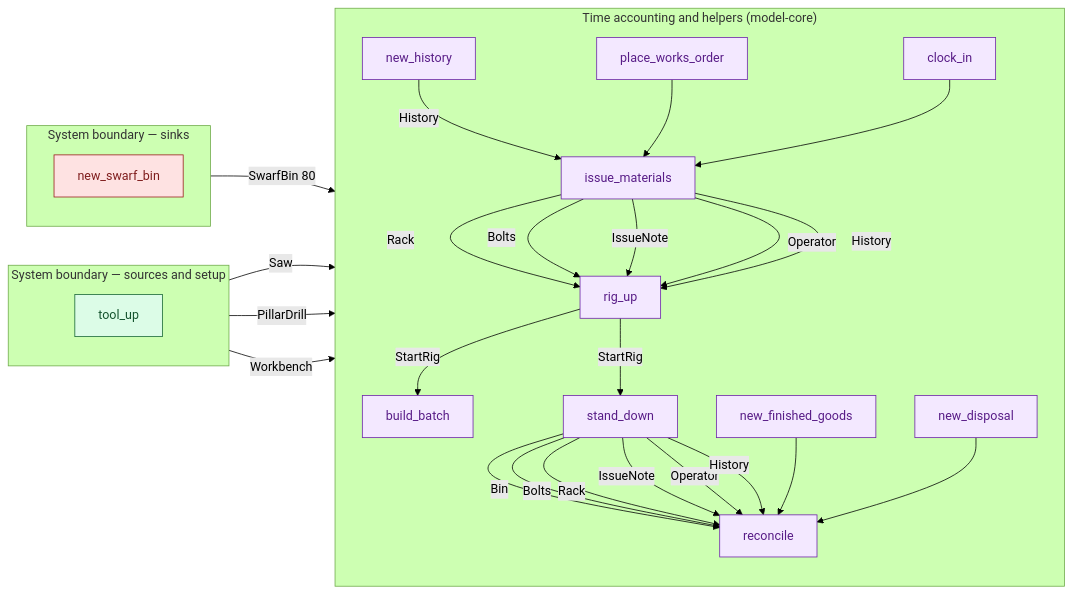
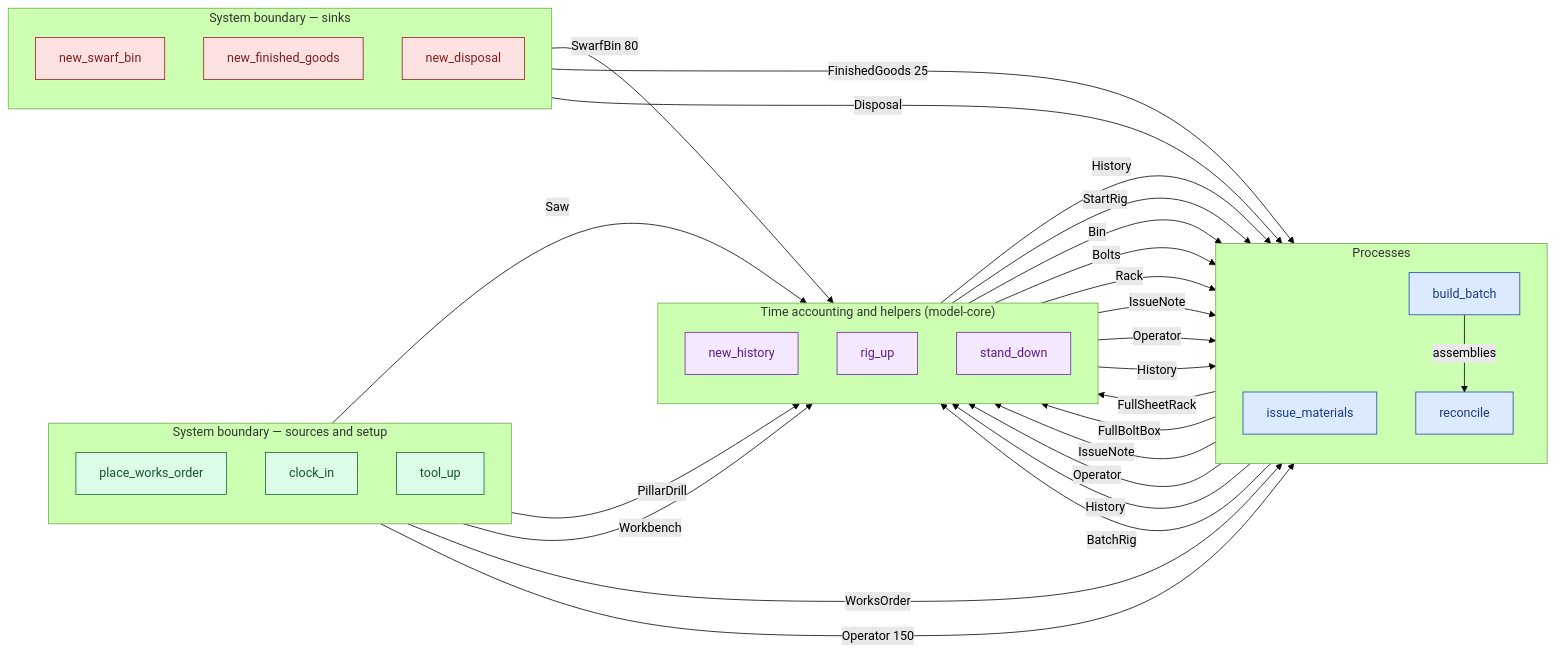
Before and after one commit to twalmsley/lavoisier: the diagram in docs/diagrams/cs4-line/detailed.md, drawn with Mermaid (forest theme). The commit also changed other lines of this file and 202 other files, not shown here.

````diff
--- a/docs/diagrams/cs4-line/detailed.md
+++ b/docs/diagrams/cs4-line/detailed.md
@@ -12,60 +12,71 @@
 ```mermaid
 flowchart LR
   classDef process fill:#dbeafe,stroke:#1e40af,color:#1e3a8a;
   classDef boundary fill:#dcfce7,stroke:#166534,color:#14532d;
   classDef sink fill:#fee2e2,stroke:#991b1b,color:#7f1d1d;
   classDef helper fill:#f3e8ff,stroke:#6b21a8,color:#581c87;
   classDef grouping fill:#ffedd5,stroke:#9a3412,color:#7c2d12;
   classDef flowio fill:#e2e8f0,stroke:#334155,color:#0f172a;
   classDef resource fill:#fef9c3,stroke:#854d0e,color:#713f12;
   classDef external fill:#dcfce7,stroke:#166534,color:#14532d;
   classDef system fill:#dbeafe,stroke:#1e40af,color:#1e3a8a;
   subgraph sg_sources["System boundary — sources and setup"]
     direction TB
+    n_place_works_order["place_works_order"]:::boundary
+    n_clock_in["clock_in"]:::boundary
     n_tool_up["tool_up"]:::boundary
+  end
+  subgraph sg_system["Processes"]
+    direction TB
+    n_issue_materials["issue_materials"]:::process
+    n_build_batch["build_batch"]:::process
+    n_reconcile["reconcile"]:::process
   end
   subgraph sg_helpers["Time accounting and helpers (model-core)"]
     direction TB
     n_new_history["new_history"]:::helper
-    n_place_works_order["place_works_order"]:::helper
-    n_clock_in["clock_in"]:::helper
-    n_issue_materials["issue_materials"]:::helper
     n_rig_up["rig_up"]:::helper
-    n_build_batch["build_batch"]:::helper
     n_stand_down["stand_down"]:::helper
-    n_new_finished_goods["new_finished_goods"]:::helper
-    n_new_disposal["new_disposal"]:::helper
-    n_reconcile["reconcile"]:::helper
   end
   subgraph sg_sinks["System boundary — sinks"]
     direction TB
     n_new_swarf_bin["new_swarf_bin"]:::sink
+    n_new_finished_goods["new_finished_goods"]:::sink
+    n_new_disposal["new_disposal"]:::sink
   end
-  n_place_works_order --> n_issue_materials
-  n_clock_in --> n_issue_materials
+  n_place_works_order -- "WorksOrder" --> n_issue_materials
+  n_clock_in -- "Operator 150" --> n_issue_materials
   n_new_history -- "History" --> n_issue_materials
-  n_issue_materials -- "Rack" --> n_rig_up
-  n_issue_materials -- "Bolts" --> n_rig_up
+  n_issue_materials -- "FullSheetRack" --> n_rig_up
+  n_issue_materials -- "FullBoltBox" --> n_rig_up
   n_new_swarf_bin -- "SwarfBin 80" --> n_rig_up
   n_issue_materials -- "IssueNote" --> n_rig_up
   n_tool_up -- "Saw" --> n_rig_up
   n_tool_up -- "PillarDrill" --> n_rig_up
   n_tool_up -- "Workbench" --> n_rig_up
   n_issue_materials -- "Operator" --> n_rig_up
   n_issue_materials -- "History" --> n_rig_up
   n_rig_up -- "StartRig" --> n_build_batch
-  n_rig_up -- "StartRig" --> n_stand_down
-  n_new_finished_goods --> n_reconcile
+  n_build_batch -- "BatchRig" --> n_stand_down
+  n_build_batch -- "assemblies" --> n_reconcile
+  n_new_finished_goods -- "FinishedGoods 25" --> n_reconcile
   n_stand_down -- "Bin" --> n_reconcile
-  n_new_disposal --> n_reconcile
+  n_new_disposal -- "Disposal" --> n_reconcile
   n_stand_down -- "Bolts" --> n_reconcile
   n_stand_down -- "Rack" --> n_reconcile
   n_stand_down -- "IssueNote" --> n_reconcile
   n_stand_down -- "Operator" --> n_reconcile
   n_stand_down -- "History" --> n_reconcile
   click n_new_history "https://github.com/twalmsley/lavoisier/blob/main/model/model-core/src/history.rs#L264" "model/model-core/src/history.rs"
+  click n_place_works_order "https://github.com/twalmsley/lavoisier/blob/main/model/cs4-stores/src/resources.rs#L602" "model/cs4-stores/src/resources.rs"
+  click n_clock_in "https://github.com/twalmsley/lavoisier/blob/main/model/cs4-stores/src/resources.rs#L610" "model/cs4-stores/src/resources.rs"
+  click n_issue_materials "https://github.com/twalmsley/lavoisier/blob/main/model/cs4-stores/src/resources.rs#L961" "model/cs4-stores/src/resources.rs"
   click n_tool_up "https://github.com/twalmsley/lavoisier/blob/main/model/cs4-line/src/resources.rs#L128" "model/cs4-line/src/resources.rs"
   click n_new_swarf_bin "https://github.com/twalmsley/lavoisier/blob/main/model/cs4-line/src/resources.rs#L136" "model/cs4-line/src/resources.rs"
   click n_rig_up "https://github.com/twalmsley/lavoisier/blob/main/model/cs4-line/src/batch.rs#L80" "model/cs4-line/src/batch.rs"
+  click n_build_batch "https://github.com/twalmsley/lavoisier/blob/main/model/cs4-line/src/batch.rs#L133" "model/cs4-line/src/batch.rs"
   click n_stand_down "https://github.com/twalmsley/lavoisier/blob/main/model/cs4-line/src/batch.rs#L99" "model/cs4-line/src/batch.rs"
+  click n_new_finished_goods "https://github.com/twalmsley/lavoisier/blob/main/model/cs4-stores/src/resources.rs#L620" "model/cs4-stores/src/resources.rs"
+  click n_new_disposal "https://github.com/twalmsley/lavoisier/blob/main/model/cs4-stores/src/resources.rs#L629" "model/cs4-stores/src/resources.rs"
+  click n_reconcile "https://github.com/twalmsley/lavoisier/blob/main/model/cs4-stores/src/resources.rs#L1021" "model/cs4-stores/src/resources.rs"
 ```
````
